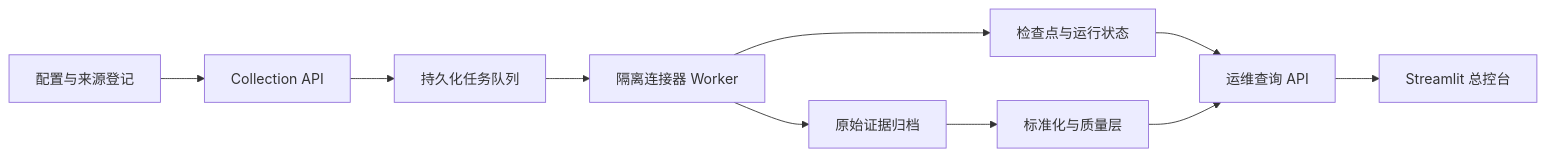
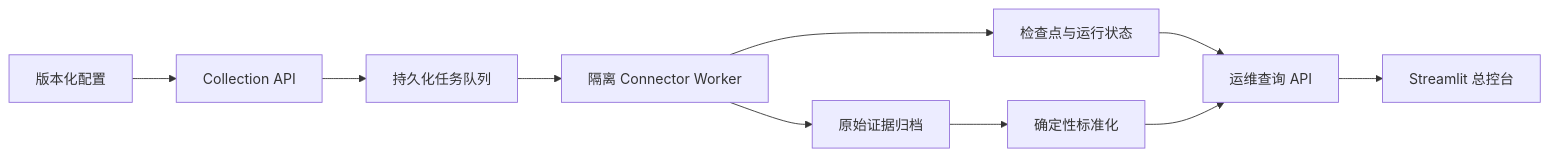
Before and after one commit to LazyS1a/OmniSignal: the diagram in README.md, drawn with Mermaid. The commit also changed other lines of this file and 11 other files, not shown here.

````diff
--- a/README.md
+++ b/README.md
@@ -22,12 +37,12 @@
 ```mermaid
 flowchart LR
-    A[配置与来源登记] --> B[Collection API]
+    A[版本化配置] --> B[Collection API]
     B --> C[持久化任务队列]
-    C --> D[隔离连接器 Worker]
+    C --> D[隔离 Connector Worker]
     D --> E[原始证据归档]
     D --> F[检查点与运行状态]
-    E --> G[标准化与质量层]
+    E --> G[确定性标准化]
     F --> H[运维查询 API]
     G --> H
     H --> I[Streamlit 总控台]
 ```
````
